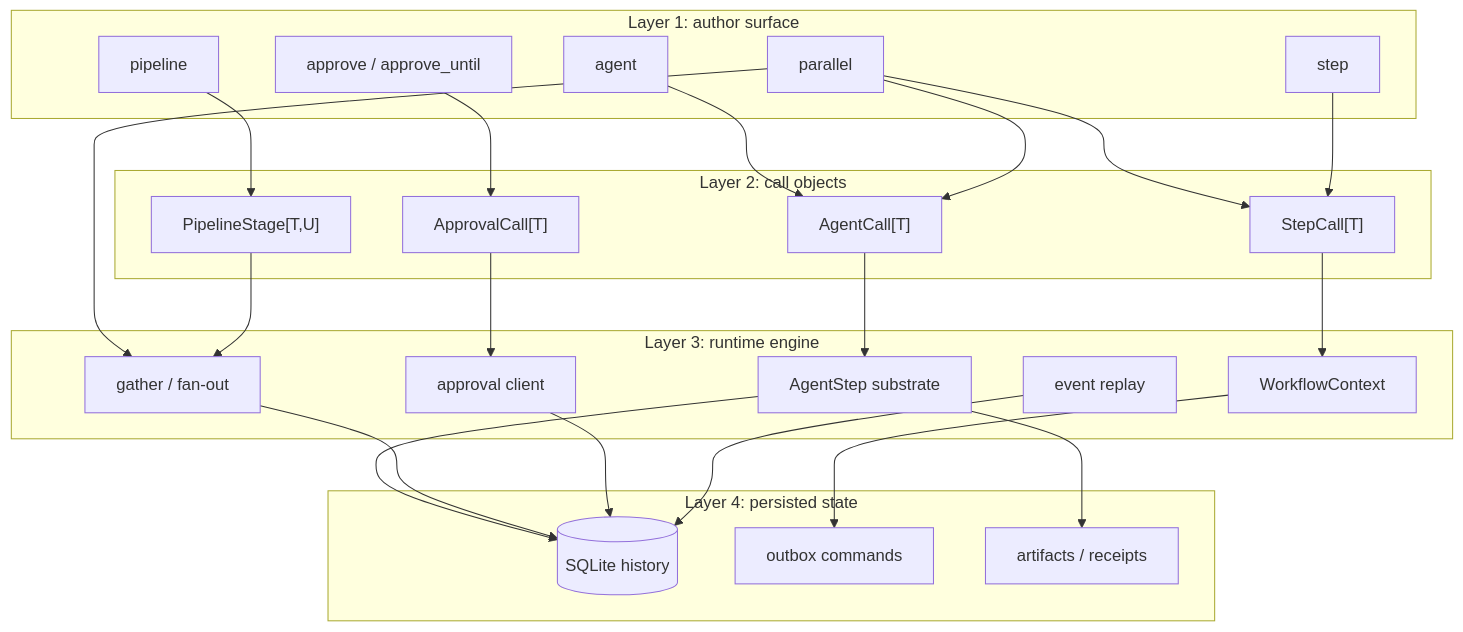
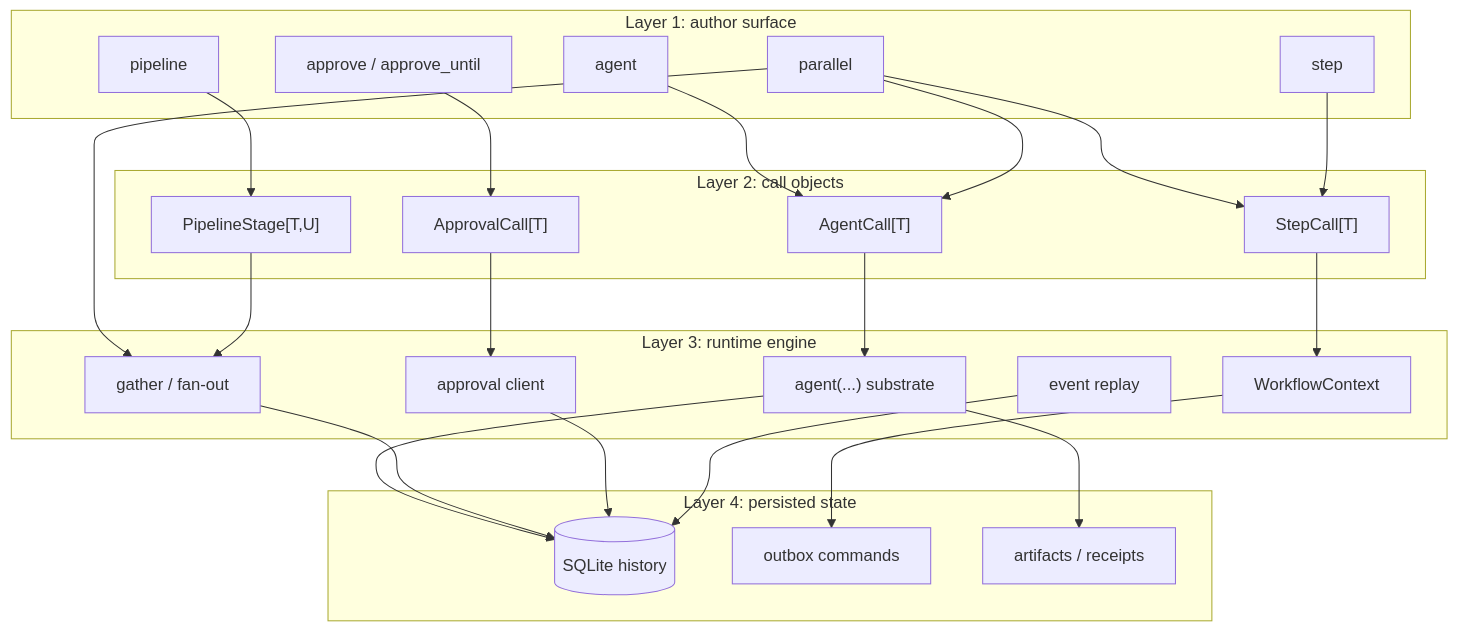
The fourth of 13 diagrams in docs/plans/2026-06-12-agent-parallel-pipeline-api-visual-plan.md (skylarbpayne/hermes-workflows), drawn with Mermaid before and after one commit. The commit also changed other lines of this file and 38 other files, not shown here.

````diff
--- a/docs/plans/2026-06-12-agent-parallel-pipeline-api-visual-plan.md
+++ b/docs/plans/2026-06-12-agent-parallel-pipeline-api-visual-plan.md
@@ -188,45 +188,45 @@
 ```mermaid
 flowchart TB
     subgraph Surface["Layer 1: author surface"]
         F1["agent"]
         F2["parallel"]
         F3["pipeline"]
         F4["approve / approve_until"]
         F5["step"]
     end
 
     subgraph Calls["Layer 2: call objects"]
         C1["AgentCall[T]"]
         C2["StepCall[T]"]
         C3["ApprovalCall[T]"]
         C4["PipelineStage[T,U]"]
     end
 
     subgraph Engine["Layer 3: runtime engine"]
         E1["WorkflowContext"]
-        E2["AgentStep substrate"]
+        E2["agent(...) substrate"]
         E3["gather / fan-out"]
         E4["approval client"]
         E5["event replay"]
     end
 
     subgraph Storage["Layer 4: persisted state"]
         DB[("SQLite history")]
         OC["outbox commands"]
         AR["artifacts / receipts"]
     end
 
     F1 --> C1 --> E2
     F2 --> C1
     F2 --> C2
     F2 --> E3
     F3 --> C4 --> E3
     F4 --> C3 --> E4
     F5 --> C2 --> E1
     E2 --> DB
     E3 --> DB
     E4 --> DB
     E5 --> DB
     E1 --> OC
     E2 --> AR
 ```
````
